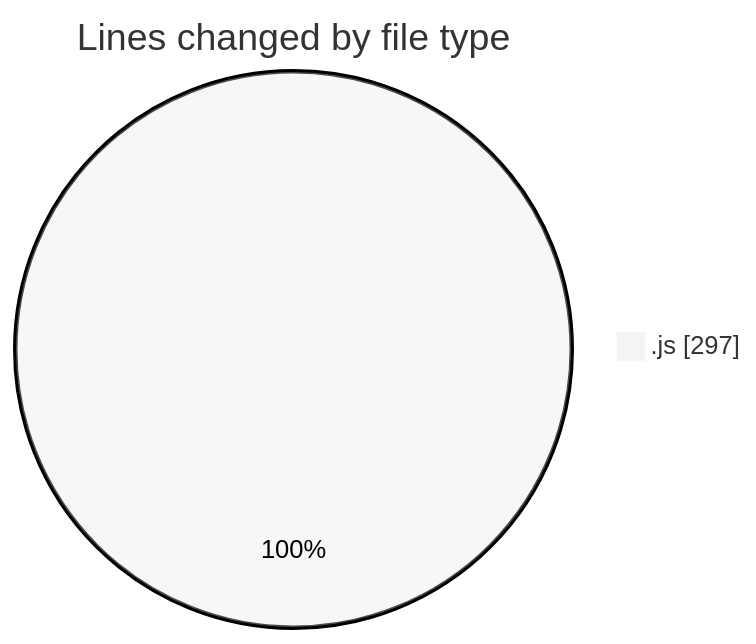
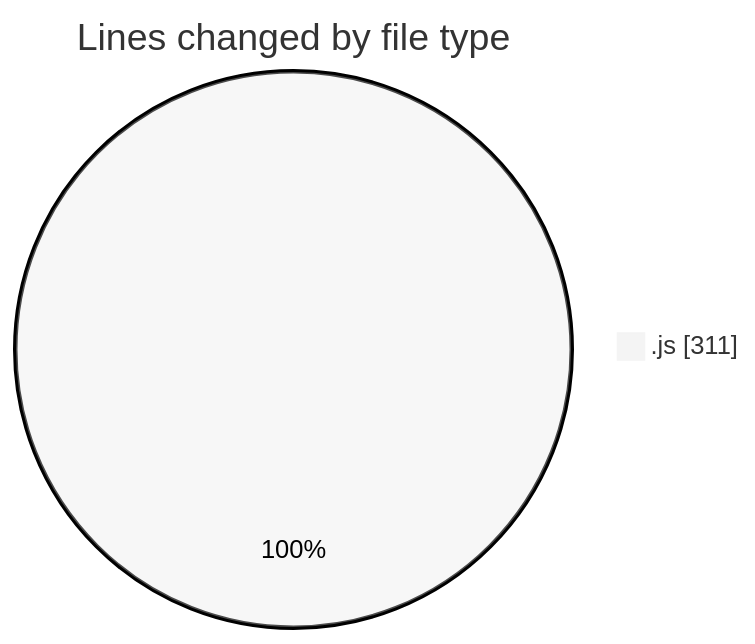
Before and after one commit to Ritupan-Deka/code-tracking: the first of 2 diagrams in 2025-07-21/javascript/README.md, drawn with Mermaid (neutral theme). The commit also changed other lines of this file and 1 other file, not shown here.

````diff
--- a/2025-07-21/javascript/README.md
+++ b/2025-07-21/javascript/README.md
@@ -21,5 +22,5 @@
 ```mermaid
 pie showData
 title Lines changed by file type
-".js" : 297
+".js" : 311
 ```
````
